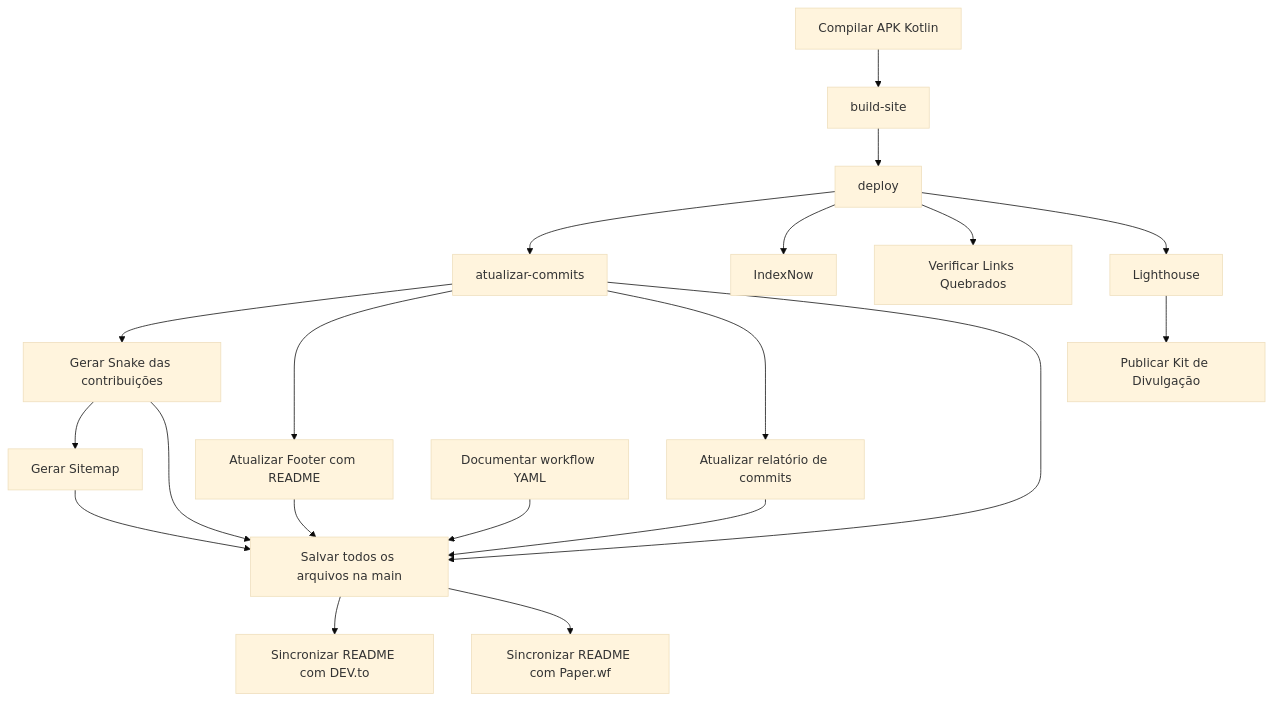
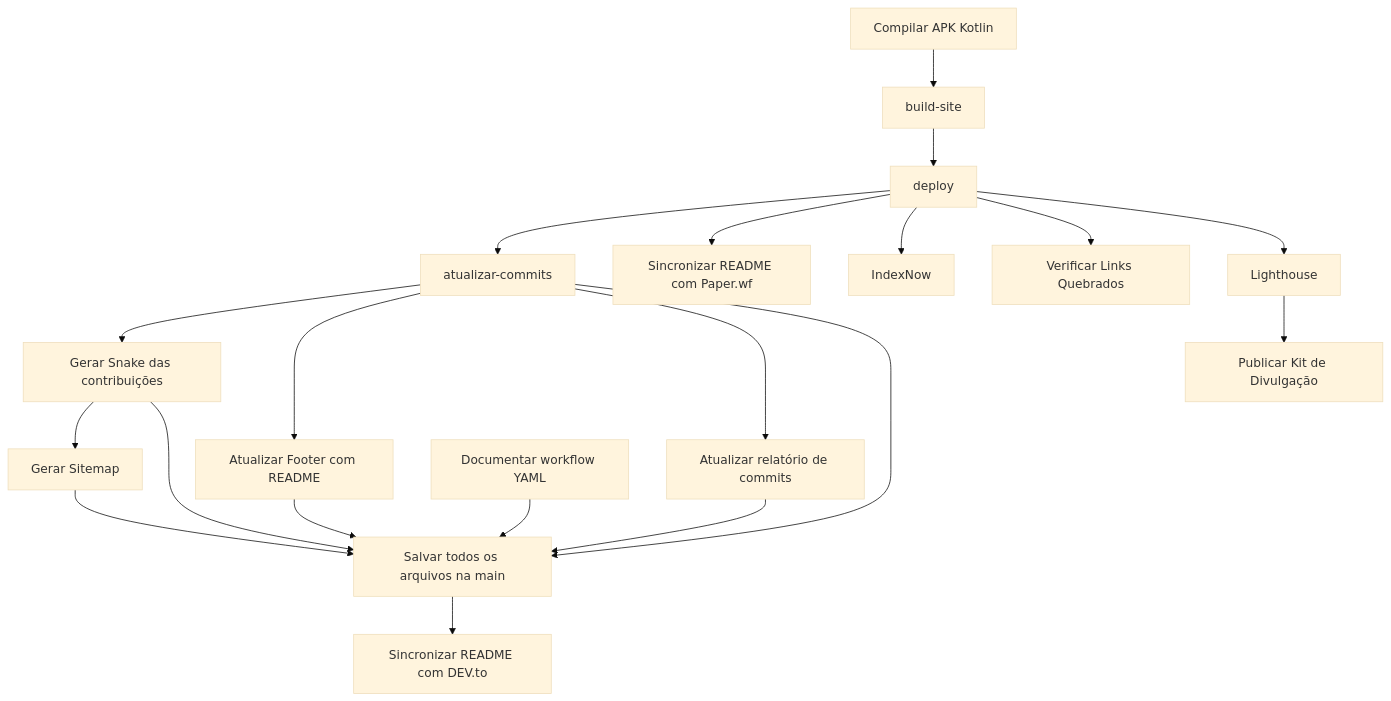
Before and after one commit to mulher-amparada/mulher-amparada-app: the diagram in pesquisas/workflow.md, drawn with Mermaid (base theme). The commit also changed other lines of this file and 4 other files, not shown here.

````diff
--- a/pesquisas/workflow.md
+++ b/pesquisas/workflow.md
@@ -33,38 +33,38 @@
 ```mermaid
 flowchart TD
     job_build["Compilar APK Kotlin"]
     job_build_site["build-site"]
     job_deploy["deploy"]
     job_atualizar_commits["atualizar-commits"]
     job_sincronizar_devto["Sincronizar README com DEV.to"]
     job_sincronizar_paperwf["Sincronizar README com Paper.wf"]
     job_sitemap["Gerar Sitemap"]
     job_indexnow["IndexNow"]
     job_broken_links["Verificar Links Quebrados"]
     job_lighthouse["Lighthouse"]
     job_snake["Gerar Snake das contribuições"]
     job_publicar_divulgacao["Publicar Kit de Divulgação"]
     job_atualizar_footer["Atualizar Footer com README"]
     job_atualizar_relatorio_commits["Atualizar relatório de commits"]
     job_pesquisar_projeto["Documentar workflow YAML"]
     job_salvar_na_main["Salvar todos os arquivos na main"]
     job_build --> job_build_site
     job_build_site --> job_deploy
     job_deploy --> job_atualizar_commits
     job_salvar_na_main --> job_sincronizar_devto
-    job_salvar_na_main --> job_sincronizar_paperwf
+    job_deploy --> job_sincronizar_paperwf
     job_snake --> job_sitemap
     job_deploy --> job_indexnow
     job_deploy --> job_broken_links
     job_deploy --> job_lighthouse
     job_atualizar_commits --> job_snake
     job_lighthouse --> job_publicar_divulgacao
     job_atualizar_commits --> job_atualizar_footer
     job_atualizar_commits --> job_atualizar_relatorio_commits
     job_atualizar_commits --> job_salvar_na_main
     job_snake --> job_salvar_na_main
     job_sitemap --> job_salvar_na_main
     job_atualizar_footer --> job_salvar_na_main
     job_atualizar_relatorio_commits --> job_salvar_na_main
     job_pesquisar_projeto --> job_salvar_na_main
 ```
````
